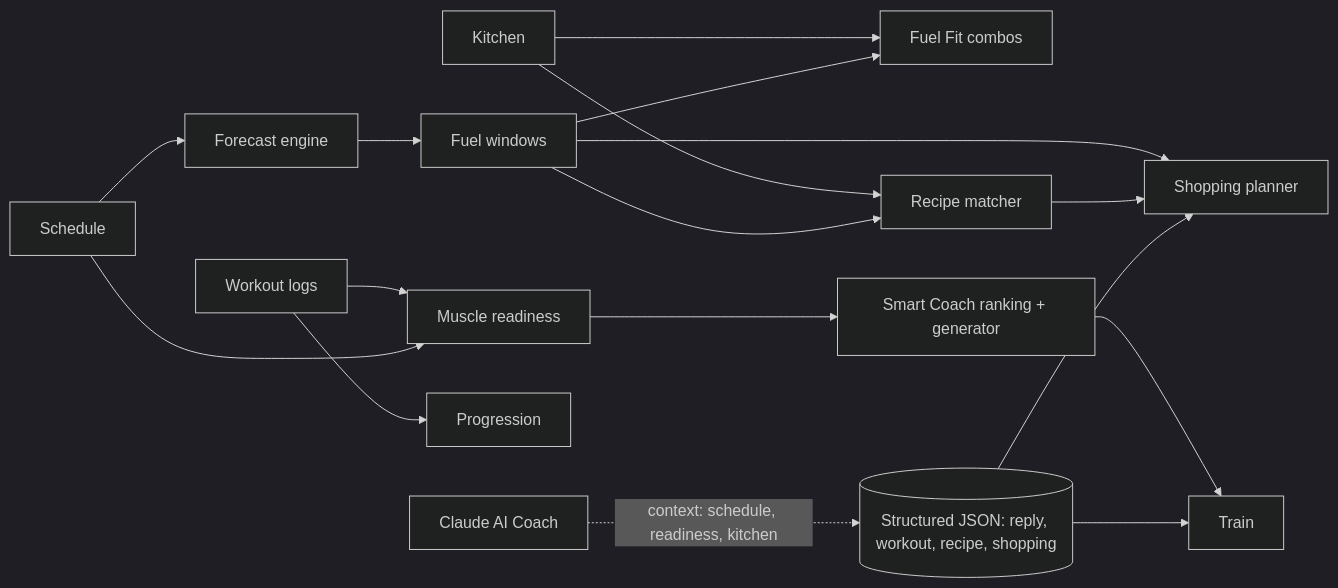
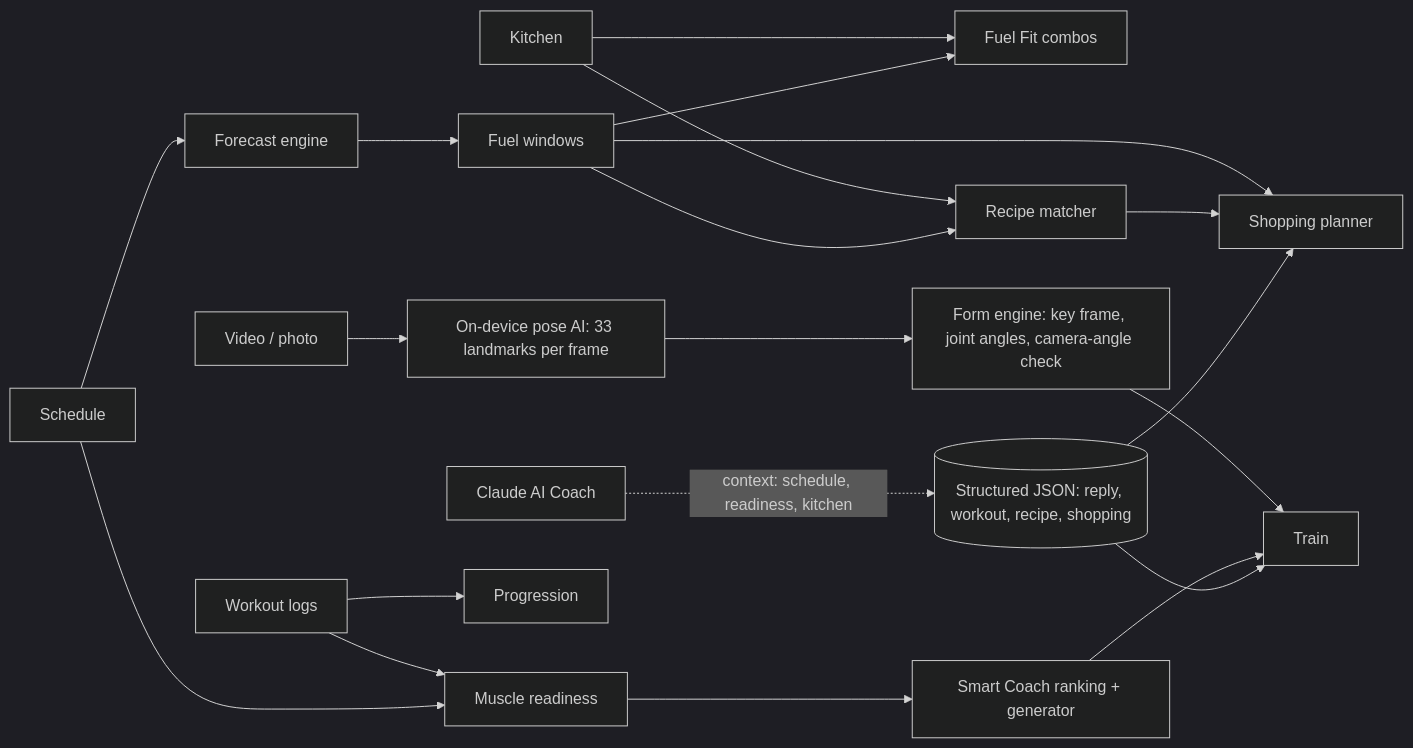
One commit to akkified/fuelcast changed the diagram in README.md. Above: the diagram before and after it, drawn with Mermaid (dark theme). The commit also changed other lines of this file and 53 other files, not shown here.

First line of the commit message:
FuelCast 3.0: AI Form Check, quick actions, checklist, help guide

````diff
--- a/README.md
+++ b/README.md
@@ -79,19 +85,22 @@
 ```mermaid
 flowchart LR
   S[Schedule] --> F[Forecast engine]
   F --> W[Fuel windows]
   K[Kitchen] --> C[Fuel Fit combos]
   W --> C
   K --> R[Recipe matcher]
   W --> R
   W --> SH[Shopping planner]
   R --> SH
+  V[Video / photo] --> PD[On-device pose AI: 33 landmarks per frame]
+  PD --> FE[Form engine: key frame, joint angles, camera-angle check]
+  FE --> T
   L[Workout logs] --> RD[Muscle readiness]
   S --> RD
   RD --> SC[Smart Coach ranking + generator]
   SC --> T[Train]
   L --> P[Progression]
   AI[Claude AI Coach] -. context: schedule, readiness, kitchen .-> X[(Structured JSON: reply, workout, recipe, shopping)]
   X --> T
   X --> SH
 ```
````
